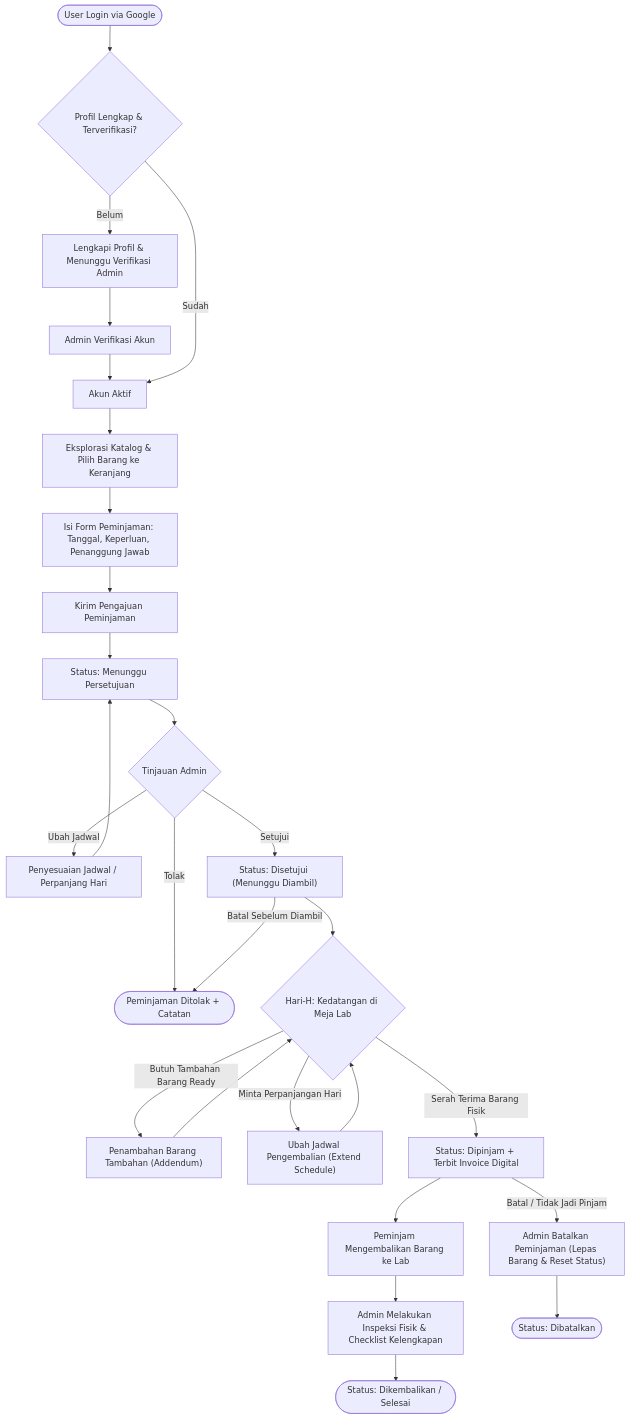
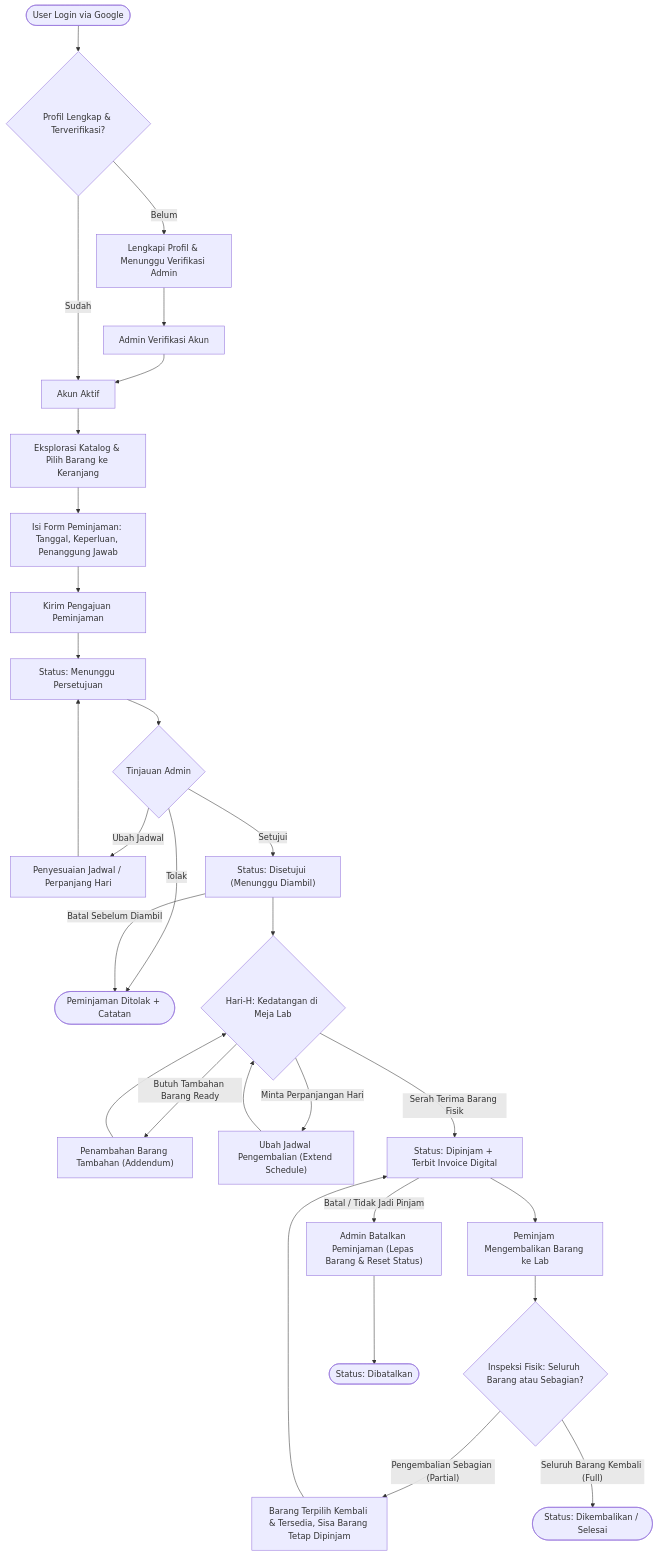
The diagram in README.md (luthafiyyan/PinjamIn), drawn with Mermaid before and after one commit. The commit also changed other lines of this file, not shown here.

Commit message:
docs(readme): update features for partial return, official invoice logos, and address

````diff
--- a/README.md
+++ b/README.md
@@ -106,34 +107,36 @@
 ```mermaid
 flowchart TD
     A([User Login via Google]) --> B{Profil Lengkap & Terverifikasi?}
     B -- Belum --> C["Lengkapi Profil & Menunggu Verifikasi Admin"]
     C --> D[Admin Verifikasi Akun]
     D --> E[Akun Aktif]
     B -- Sudah --> E
 
     E --> F["Eksplorasi Katalog & Pilih Barang ke Keranjang"]
     F --> G["Isi Form Peminjaman: Tanggal, Keperluan, Penanggung Jawab"]
     G --> H[Kirim Pengajuan Peminjaman]
     
     H --> I["Status: Menunggu Persetujuan"]
     I --> J{Tinjauan Admin}
     J -- Tolak --> K(["Peminjaman Ditolak + Catatan"])
     J -- Ubah Jadwal --> AdjPending["Penyesuaian Jadwal / Perpanjang Hari"]
     AdjPending --> I
     J -- Setujui --> L["Status: Disetujui (Menunggu Diambil)"]
 
     L --> M{"Hari-H: Kedatangan di Meja Lab"}
     M -- Butuh Tambahan Barang Ready --> Add["Penambahan Barang Tambahan (Addendum)"]
     M -- Minta Perpanjangan Hari --> Ext["Ubah Jadwal Pengembalian (Extend Schedule)"]
     Add --> M
     Ext --> M
     M -- Serah Terima Barang Fisik --> N["Status: Dipinjam + Terbit Invoice Digital"]
     L -- Batal Sebelum Diambil --> K
     
-    N --> O[Peminjam Mengembalikan Barang ke Lab]
-    O --> P["Admin Melakukan Inspeksi Fisik & Checklist Kelengkapan"]
-    P --> Q(["Status: Dikembalikan / Selesai"])
+    N --> O["Peminjam Mengembalikan Barang ke Lab"]
+    O --> P{"Inspeksi Fisik: Seluruh Barang atau Sebagian?"}
+    P -- Pengembalian Sebagian (Partial) --> P1["Barang Terpilih Kembali & Tersedia, Sisa Barang Tetap Dipinjam"]
+    P1 --> N
+    P -- Seluruh Barang Kembali (Full) --> Q(["Status: Dikembalikan / Selesai"])
 
     N -- Batal / Tidak Jadi Pinjam --> R["Admin Batalkan Peminjaman (Lepas Barang & Reset Status)"]
     R --> S(["Status: Dibatalkan"])
 ```
````
